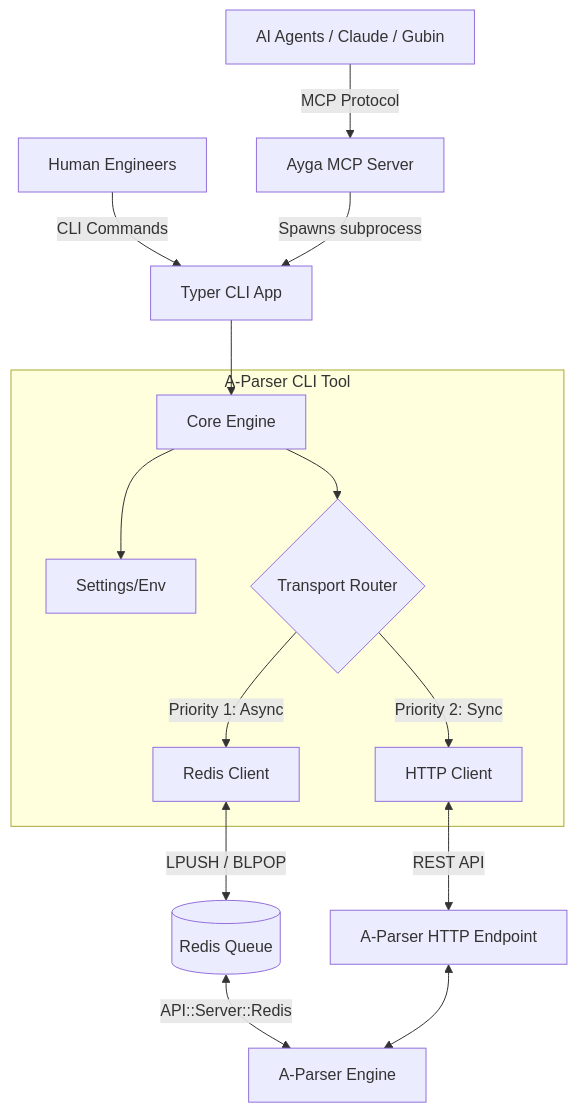
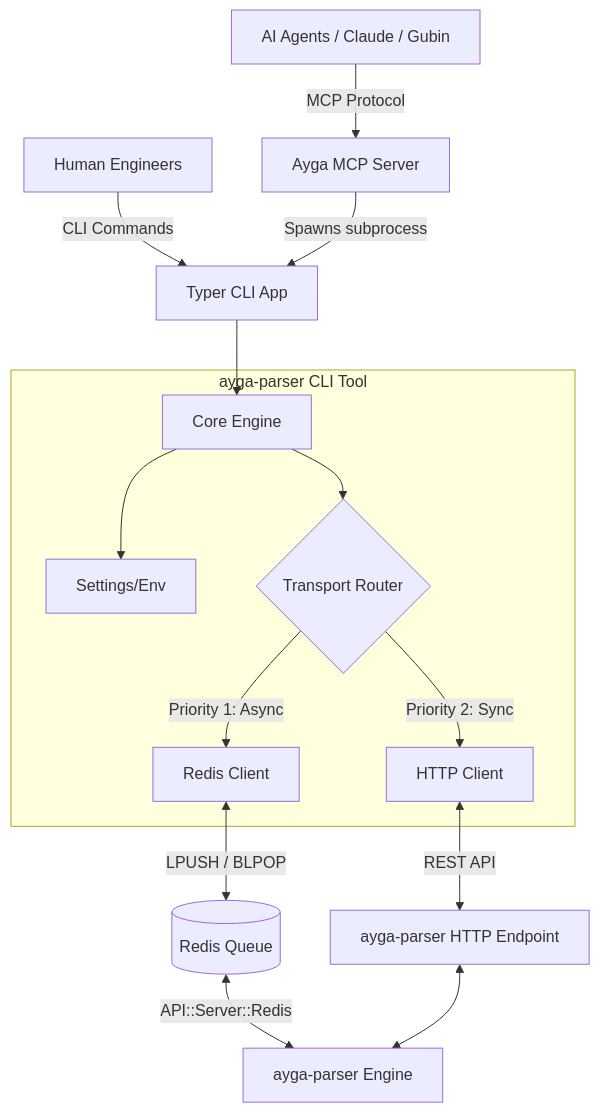
The diagram in docs/ARCHITECTURE.md (ozand/ayga-cli), drawn with Mermaid before and after one commit. The commit also changed other lines of this file and 1223 other files, not shown here.

Commit message:
chore: rename package to ayga-cli and replace aparser references

````diff
--- a/docs/ARCHITECTURE.md
+++ b/docs/ARCHITECTURE.md
@@ -12,25 +12,25 @@
 ```mermaid
 graph TD
     %% User Interfaces
     A[Human Engineers] -->|CLI Commands| CLI[Typer CLI App]
     B[AI Agents / Claude / Gubin] -->|MCP Protocol| MCP[Ayga MCP Server]
     
     %% CLI Core
     CLI --> Core[Core Engine]
     MCP -->|Spawns subprocess| CLI
     
     %% Core Logic
-    subgraph A-Parser CLI Tool
+    subgraph ayga-parser CLI Tool
         Core --> Config[Settings/Env]
         Core --> Router{Transport Router}
         Router -->|Priority 1: Async| R_Client[Redis Client]
         Router -->|Priority 2: Sync| H_Client[HTTP Client]
     end
     
     %% Integrations
     R_Client <-->|LPUSH / BLPOP| Redis[(Redis Queue)]
-    H_Client <-->|REST API| API[A-Parser HTTP Endpoint]
+    H_Client <-->|REST API| API[ayga-parser HTTP Endpoint]
     
-    Redis <-->|API::Server::Redis| Engine[A-Parser Engine]
+    Redis <-->|API::Server::Redis| Engine[ayga-parser Engine]
     API <--> Engine
 ```
````
